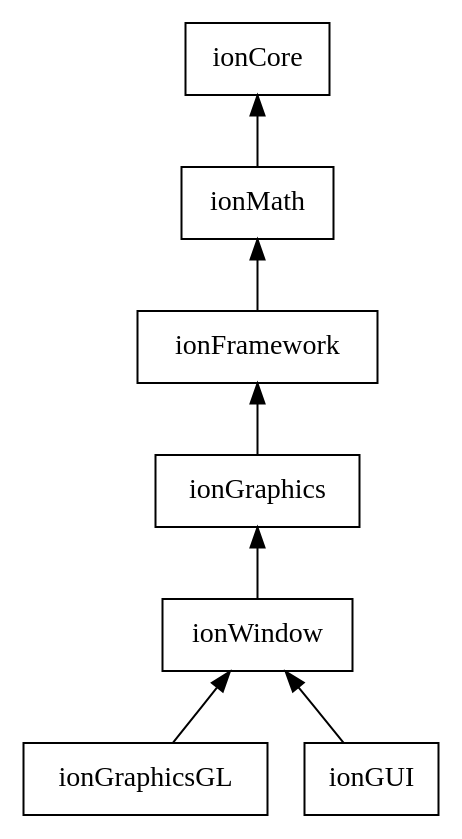
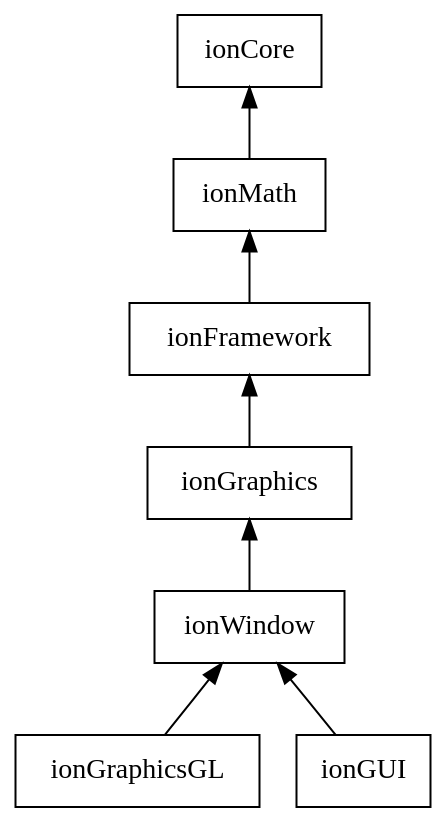
One commit to iondune/ionEngine changed the diagram in Documentation/modules.rst. Above: the diagram before and after it, drawn with Graphviz. The commit also changed other lines of this file and 4 other files, not shown here.

```diff
--- a/Documentation/modules.rst
+++ b/Documentation/modules.rst
@@ -5,13 +5,15 @@
 .. graphviz::
+   :align: center
 
    digraph deps {
+      bgcolor=transparent;
       node [shape=box];
       ionCore [URL="moduleCore.html"];
 
       ionCore -> ionMath            [dir="back"];
       ionMath -> ionFramework       [dir="back"];
       ionFramework -> ionGraphics   [dir="back"];
       ionGraphics -> ionWindow      [dir="back"];
       ionWindow -> ionGraphicsGL    [dir="back"];
       ionWindow -> ionGUI           [dir="back"];
    }
```
